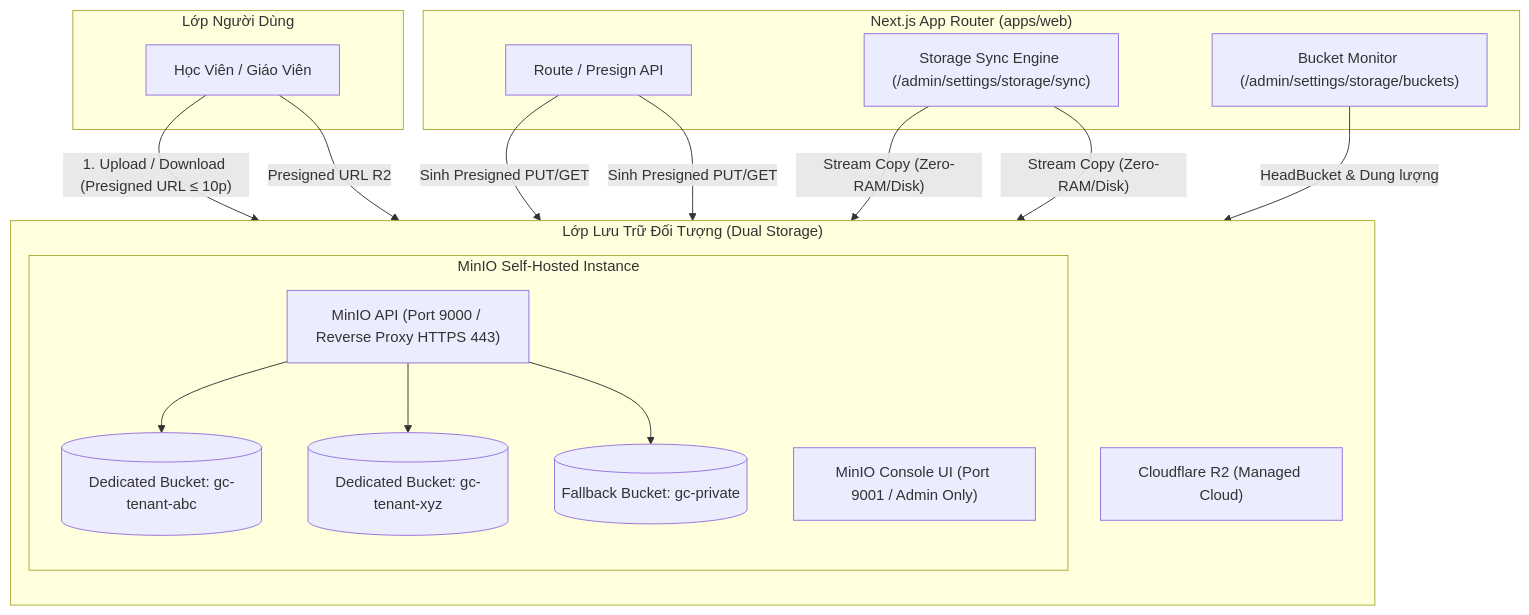
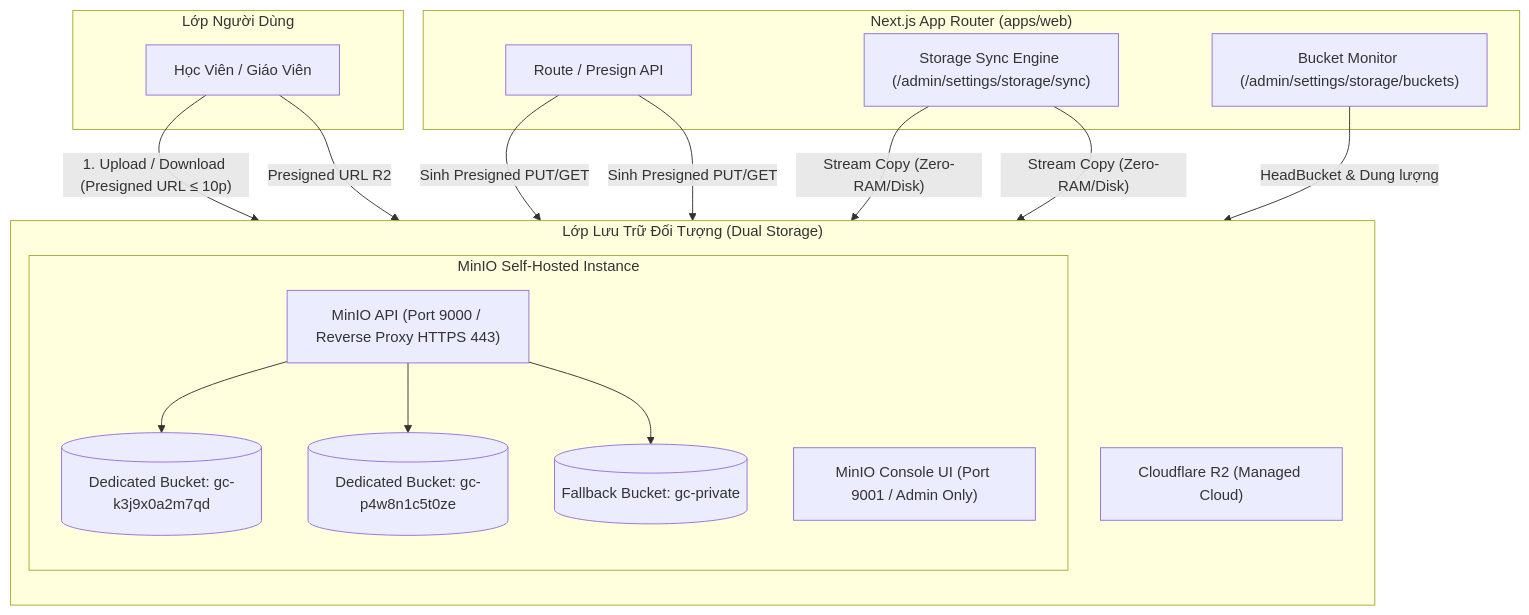
The first of 2 diagrams in obsidian-knowledge-base/04-Operations-Runbooks/Minio-Storage-Operations-Runbook.md (vtphong91/gieochu), drawn with Mermaid before and after one commit. The commit also changed other lines of this file and 12 other files, not shown here.

Commit message:
feat: add dual-storage architecture with MinIO and Cloudflare R2 bucket monitoring and provisioning support

````diff
--- a/obsidian-knowledge-base/04-Operations-Runbooks/Minio-Storage-Operations-Runbook.md
+++ b/obsidian-knowledge-base/04-Operations-Runbooks/Minio-Storage-Operations-Runbook.md
@@ -36,35 +36,35 @@
 ```mermaid
 flowchart TD
     subgraph ClientLayer ["Lớp Người Dùng"]
         A[Học Viên / Giáo Viên]
     end
 
     subgraph AppLayer ["Next.js App Router (apps/web)"]
         B["Route / Presign API"]
         C["Storage Sync Engine (/admin/settings/storage/sync)"]
         D["Bucket Monitor (/admin/settings/storage/buckets)"]
     end
 
     subgraph StorageLayer ["Lớp Lưu Trữ Đối Tượng (Dual Storage)"]
         direction TB
         E["Cloudflare R2 (Managed Cloud)"]
         subgraph MinioCluster ["MinIO Self-Hosted Instance"]
             F["MinIO API (Port 9000 / Reverse Proxy HTTPS 443)"]
             G["MinIO Console UI (Port 9001 / Admin Only)"]
-            H[("Dedicated Bucket: gc-tenant-abc")]
-            I[("Dedicated Bucket: gc-tenant-xyz")]
+            H[("Dedicated Bucket: gc-k3j9x0a2m7qd")]
+            I[("Dedicated Bucket: gc-p4w8n1c5t0ze")]
             J[("Fallback Bucket: gc-private")]
             F --> H
             F --> I
             F --> J
         end
     end
 
     A -- "1. Upload / Download (Presigned URL ≤ 10p)" --> F
     A -- "Presigned URL R2" --> E
     B -- "Sinh Presigned PUT/GET" --> F
     B -- "Sinh Presigned PUT/GET" --> E
     C -- "Stream Copy (Zero-RAM/Disk)" --> F
     C -- "Stream Copy (Zero-RAM/Disk)" --> E
     D -- "HeadBucket & Dung lượng" --> F
 ```
````
